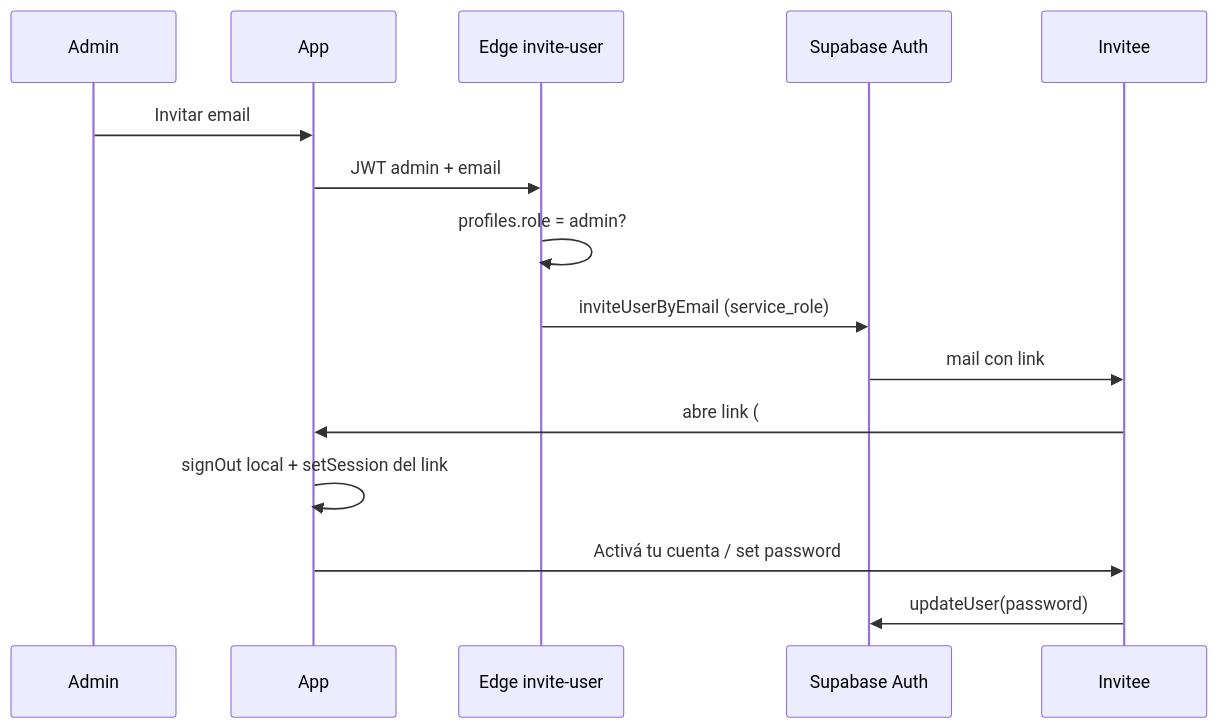
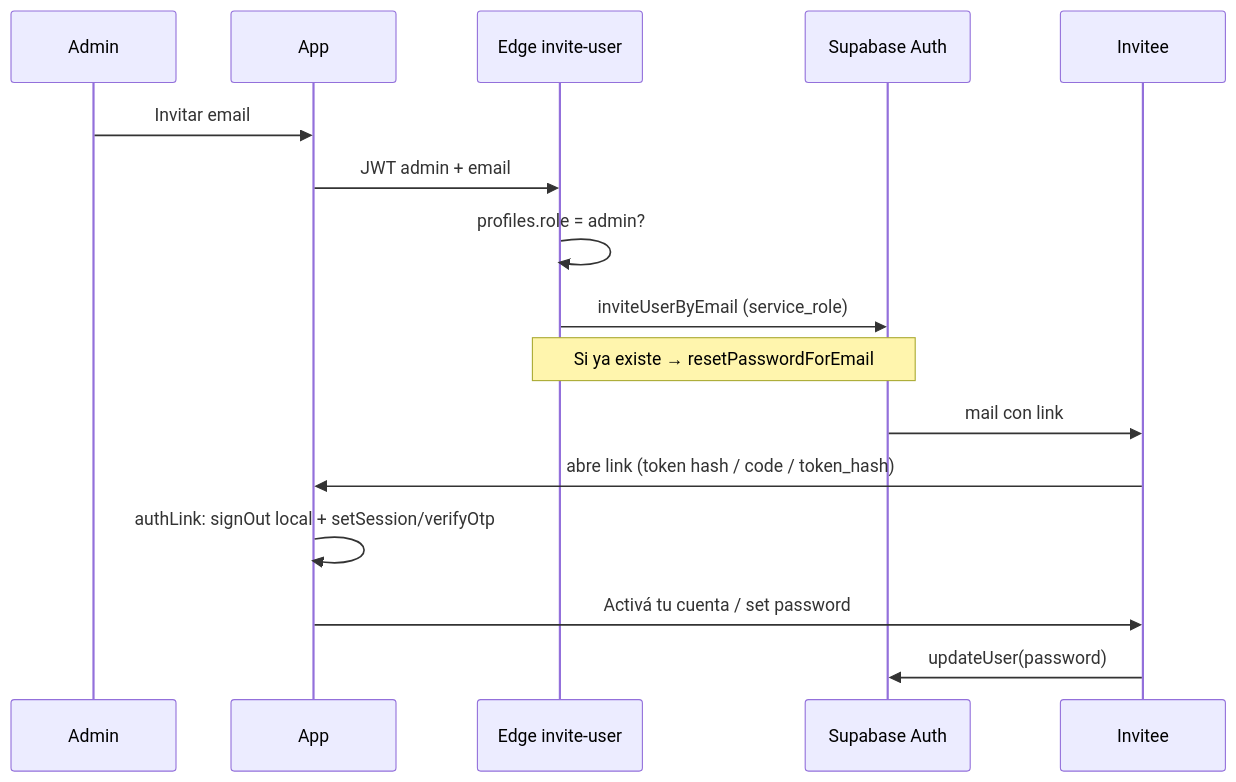
One commit to BrunoSugga/app-calendario changed the diagram in docs/SECURITY.md. Above: the diagram before and after it, drawn with Mermaid. The commit also changed other lines of this file and 6 other files, not shown here.

````diff
--- a/docs/SECURITY.md
+++ b/docs/SECURITY.md
@@ -18,18 +18,19 @@
 ```mermaid
 sequenceDiagram
   participant Admin
   participant App
   participant Edge as Edge invite-user
   participant SB as Supabase Auth
   participant Invitee
 
   Admin->>App: Invitar email
   App->>Edge: JWT admin + email
   Edge->>Edge: profiles.role = admin?
   Edge->>SB: inviteUserByEmail (service_role)
+  Note over Edge,SB: Si ya existe → resetPasswordForEmail
   SB->>Invitee: mail con link
-  Invitee->>App: abre link (#access_token o ?code)
-  App->>App: signOut local + setSession del link
+  Invitee->>App: abre link (token hash / code / token_hash)
+  App->>App: authLink: signOut local + setSession/verifyOtp
   App->>Invitee: Activá tu cuenta / set password
   Invitee->>SB: updateUser(password)
 ```
````
